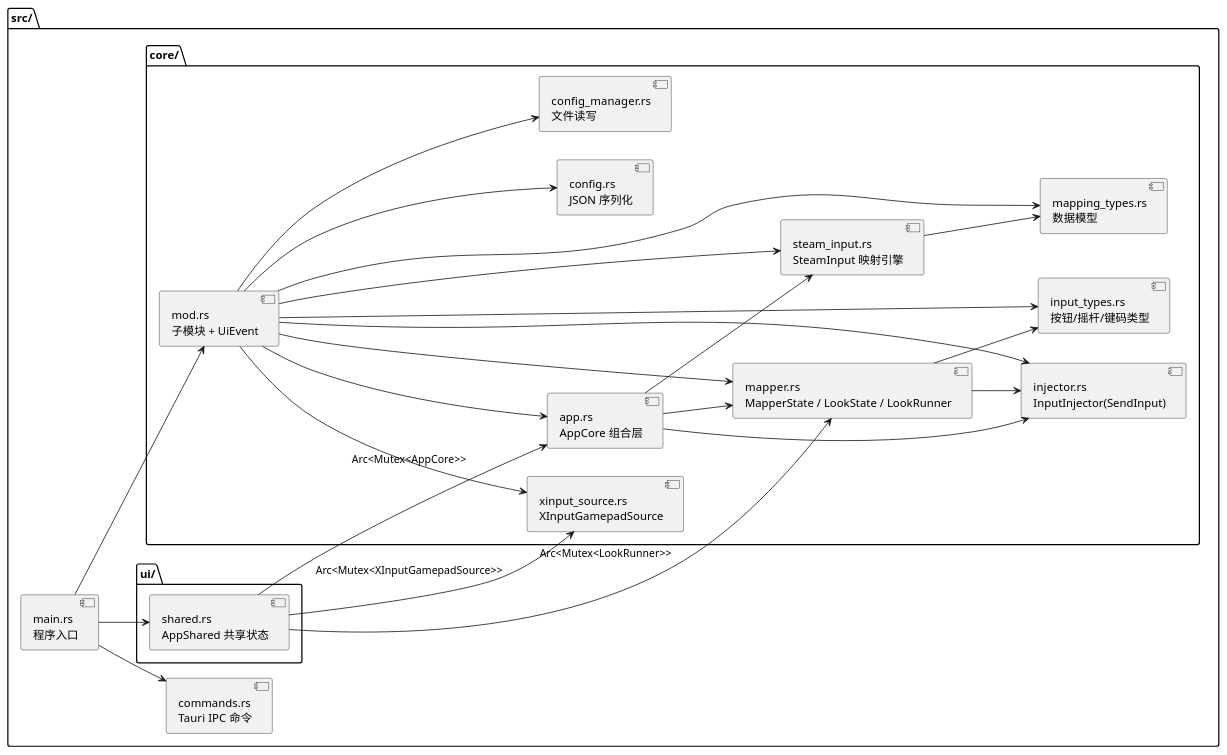
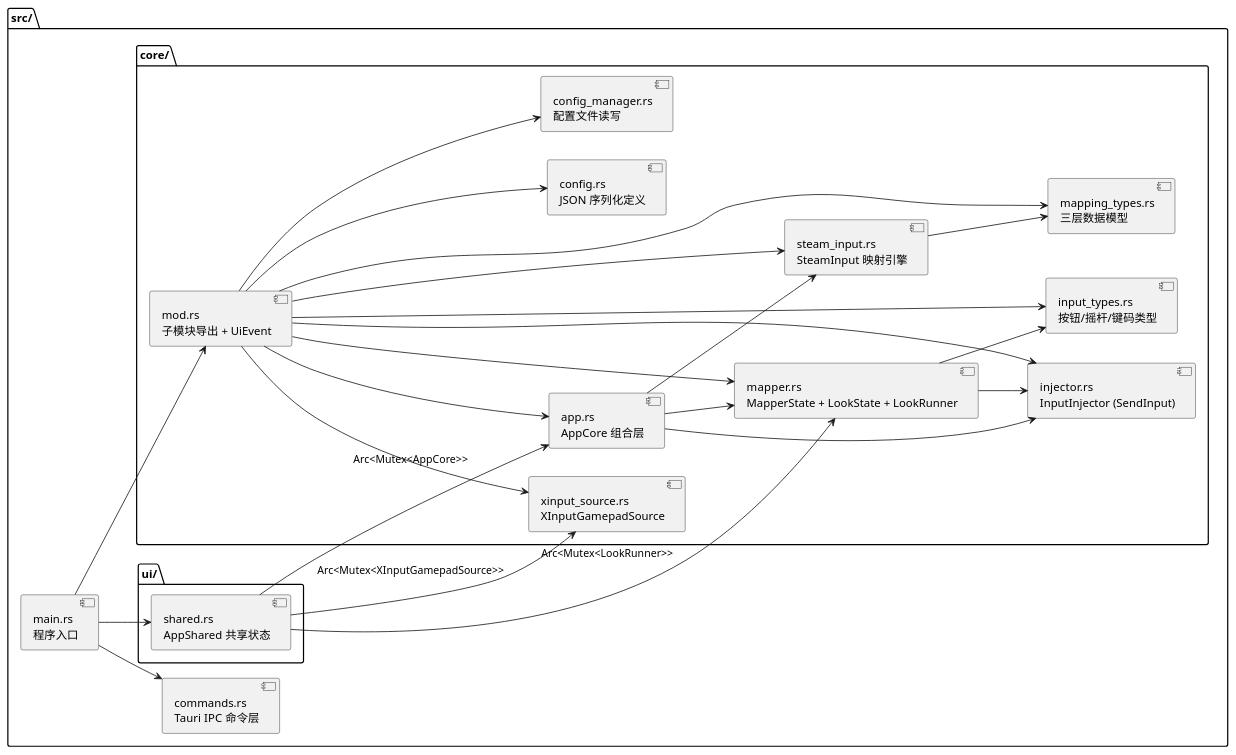
Before and after one commit to fwar34/GamepadControlerQt: the second of 12 diagrams in GamepadControlerRustTauri/Tauri.md, drawn with PlantUML. The commit also changed other lines of this file, not shown here.

First line of the commit message:
docs: 更新Tauri架构文档中的UML图

````diff
--- a/GamepadControlerRustTauri/Tauri.md
+++ b/GamepadControlerRustTauri/Tauri.md
@@ -66,49 +66,49 @@
 ```plantuml
 @startuml
 left to right direction
 
 package "src/" {
-  [main.rs\n程序入口] as M
-  [commands.rs\nTauri IPC 命令] as C
+  component "main.rs\n程序入口" as MainRs
+  component "commands.rs\nTauri IPC 命令层" as CommandsRs
 
   package "core/" {
-    [mod.rs\n子模块 + UiEvent] as CM
-    [app.rs\nAppCore 组合层] as A
-    [steam_input.rs\nSteamInput 映射引擎] as S
-    [mapper.rs\nMapperState / LookState / LookRunner] as P
-    [injector.rs\nInputInjector(SendInput)] as I
-    [xinput_source.rs\nXInputGamepadSource] as X
-    [mapping_types.rs\n数据模型] as T
-    [input_types.rs\n按钮/摇杆/键码类型] as IT
-    [config.rs\nJSON 序列化] as CF
-    [config_manager.rs\n文件读写] as CMG
+    component "mod.rs\n子模块导出 + UiEvent" as CoreMod
+    component "app.rs\nAppCore 组合层" as AppRs
+    component "steam_input.rs\nSteamInput 映射引擎" as SteamInputRs
+    component "mapper.rs\nMapperState + LookState + LookRunner" as MapperRs
+    component "injector.rs\nInputInjector (SendInput)" as InjectorRs
+    component "xinput_source.rs\nXInputGamepadSource" as XInputSourceRs
+    component "mapping_types.rs\n三层数据模型" as MappingTypesRs
+    component "input_types.rs\n按钮/摇杆/键码类型" as InputTypesRs
+    component "config.rs\nJSON 序列化定义" as ConfigRs
+    component "config_manager.rs\n配置文件读写" as ConfigManagerRs
   }
 
   package "ui/" {
-    [shared.rs\nAppShared 共享状态] as U
+    component "shared.rs\nAppShared 共享状态" as UiSharedRs
   }
 }
 
-M --> C
-M --> CM
-M --> U
-CM --> A
-CM --> S
-CM --> P
-CM --> I
-CM --> X
-CM --> T
-CM --> IT
-CM --> CF
-CM --> CMG
-U --> A : Arc<Mutex<AppCore>>
-U --> P : Arc<Mutex<LookRunner>>
-U --> X : Arc<Mutex<XInputGamepadSource>>
-A --> S
-A --> P
-A --> I
-S --> T
-P --> IT
-P --> I
+MainRs --> CommandsRs
+MainRs --> CoreMod
+MainRs --> UiSharedRs
+CoreMod --> AppRs
+CoreMod --> SteamInputRs
+CoreMod --> MapperRs
+CoreMod --> InjectorRs
+CoreMod --> XInputSourceRs
+CoreMod --> MappingTypesRs
+CoreMod --> InputTypesRs
+CoreMod --> ConfigRs
+CoreMod --> ConfigManagerRs
+UiSharedRs --> AppRs : Arc<Mutex<AppCore>>
+UiSharedRs --> MapperRs : Arc<Mutex<LookRunner>>
+UiSharedRs --> XInputSourceRs : Arc<Mutex<XInputGamepadSource>>
+AppRs --> SteamInputRs
+AppRs --> MapperRs
+AppRs --> InjectorRs
+SteamInputRs --> MappingTypesRs
+MapperRs --> InputTypesRs
+MapperRs --> InjectorRs
 @enduml
 ```
````
